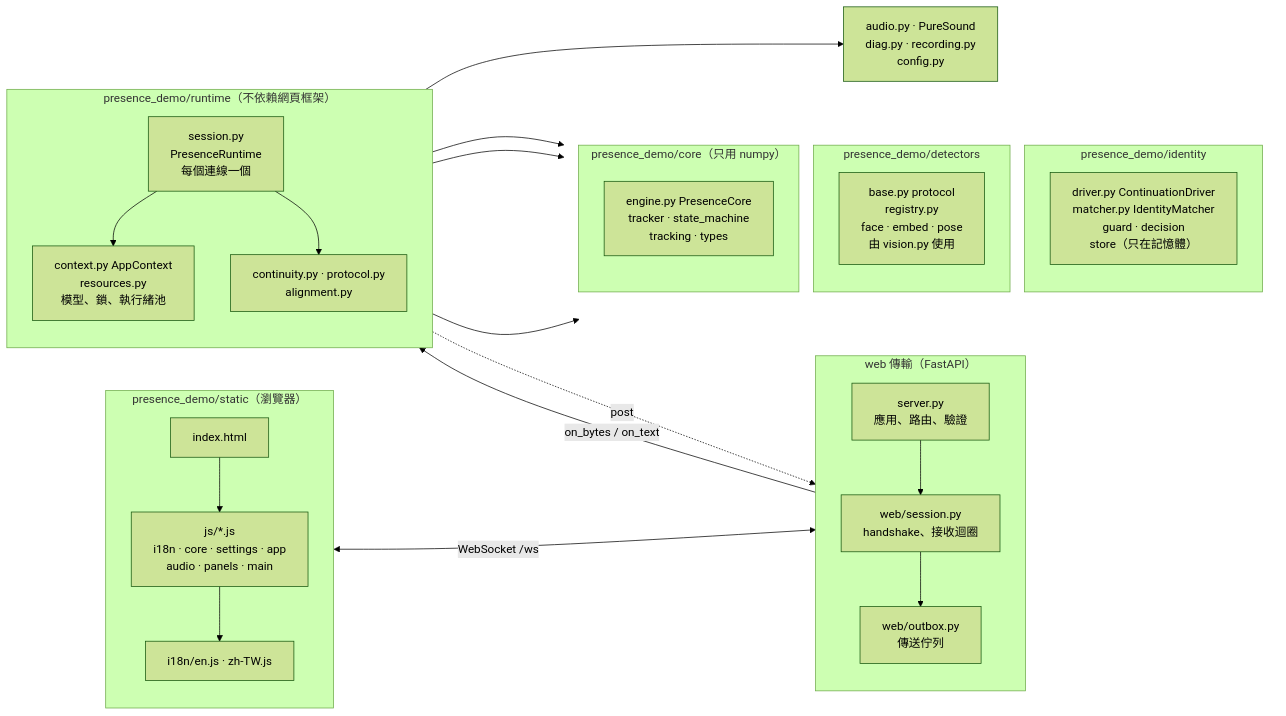
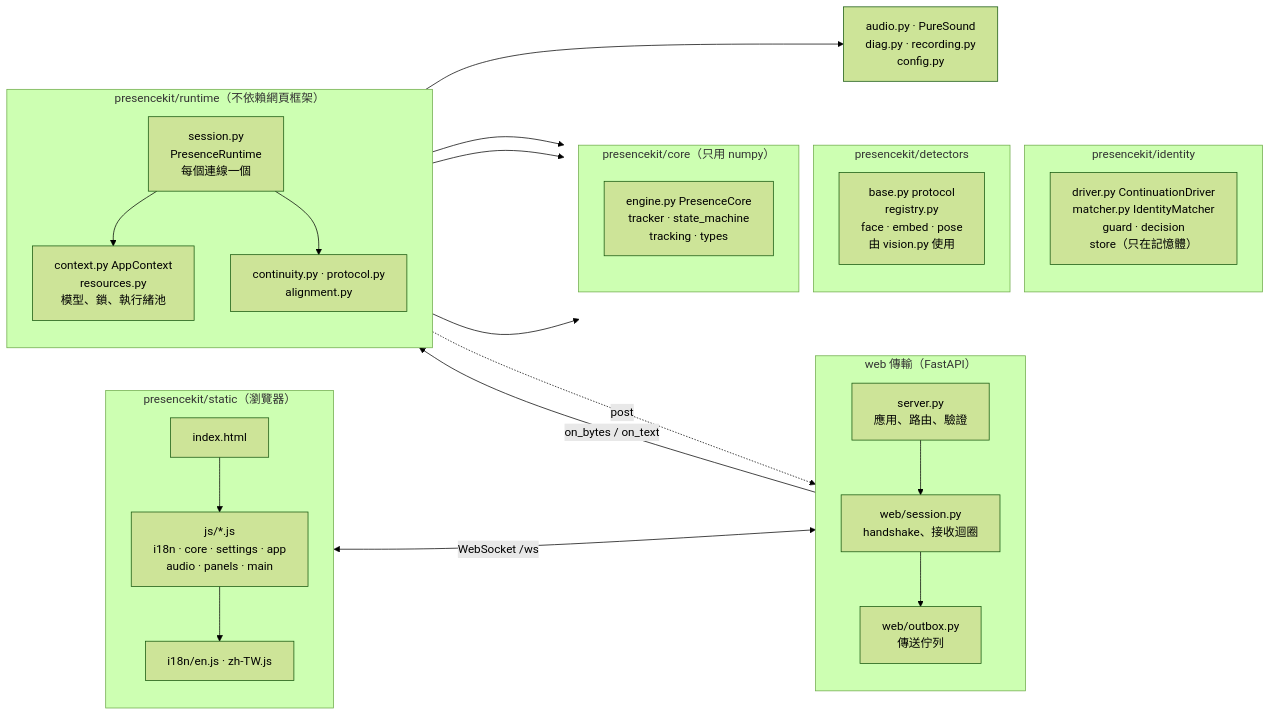
One commit to mcw519/presencekit changed the diagram in docs/img/architecture.zh-TW.mmd. Above: the diagram before and after it, drawn with Mermaid (forest theme). The commit also changed 230 other files, not shown here.

```diff
--- a/docs/img/architecture.zh-TW.mmd
+++ b/docs/img/architecture.zh-TW.mmd
@@ -1,39 +1,39 @@
 flowchart LR
-  subgraph static["presence_demo/static（瀏覽器）"]
+  subgraph static["presencekit/static（瀏覽器）"]
     direction TB
     HTML["index.html"] --> JS["js/*.js<br/>i18n · core · settings · app<br/>audio · panels · main"]
     JS --> I18N["i18n/en.js · zh-TW.js"]
   end
   subgraph web["web 傳輸（FastAPI）"]
     direction TB
     SRV["server.py<br/>應用、路由、驗證"] --> SES["web/session.py<br/>handshake、接收迴圈"]
     SES --> OB["web/outbox.py<br/>傳送佇列"]
   end
-  subgraph runtime["presence_demo/runtime（不依賴網頁框架）"]
+  subgraph runtime["presencekit/runtime（不依賴網頁框架）"]
     direction TB
     PR["session.py<br/>PresenceRuntime<br/>每個連線一個"]
     CTX["context.py AppContext<br/>resources.py<br/>模型、鎖、執行緒池"]
     CONT["continuity.py · protocol.py<br/>alignment.py"]
   end
   subgraph lower[" "]
     direction TB
-    subgraph identity["presence_demo/identity"]
+    subgraph identity["presencekit/identity"]
       DRV["driver.py ContinuationDriver<br/>matcher.py IdentityMatcher<br/>guard · decision<br/>store（只在記憶體）"]
     end
-    subgraph detectors["presence_demo/detectors"]
+    subgraph detectors["presencekit/detectors"]
       DET["base.py protocol<br/>registry.py<br/>face · embed · pose<br/>由 vision.py 使用"]
     end
-    subgraph core["presence_demo/core（只用 numpy）"]
+    subgraph core["presencekit/core（只用 numpy）"]
       ENG["engine.py PresenceCore<br/>tracker · state_machine<br/>tracking · types"]
     end
   end
   JS <-- "WebSocket /ws" --> SES
   SES -- "on_bytes / on_text" --> PR
   PR -. "post" .-> OB
   PR --> CTX
   PR --> CONT
   PR --> DRV
   CTX --> DET
   PR --> ENG
   PR --> AUD["audio.py · PureSound<br/>diag.py · recording.py<br/>config.py"]
   style lower fill:none,stroke:none
```
